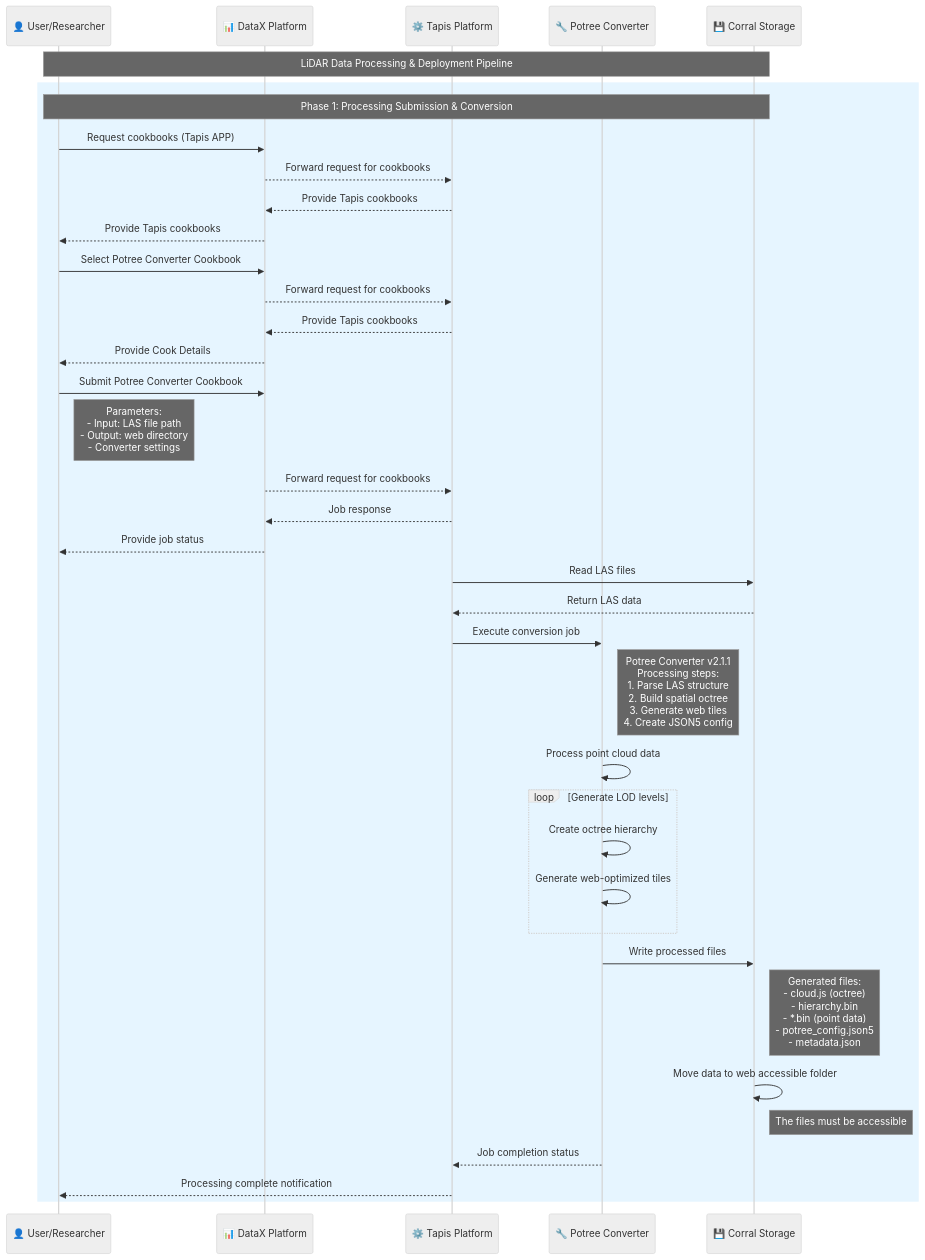
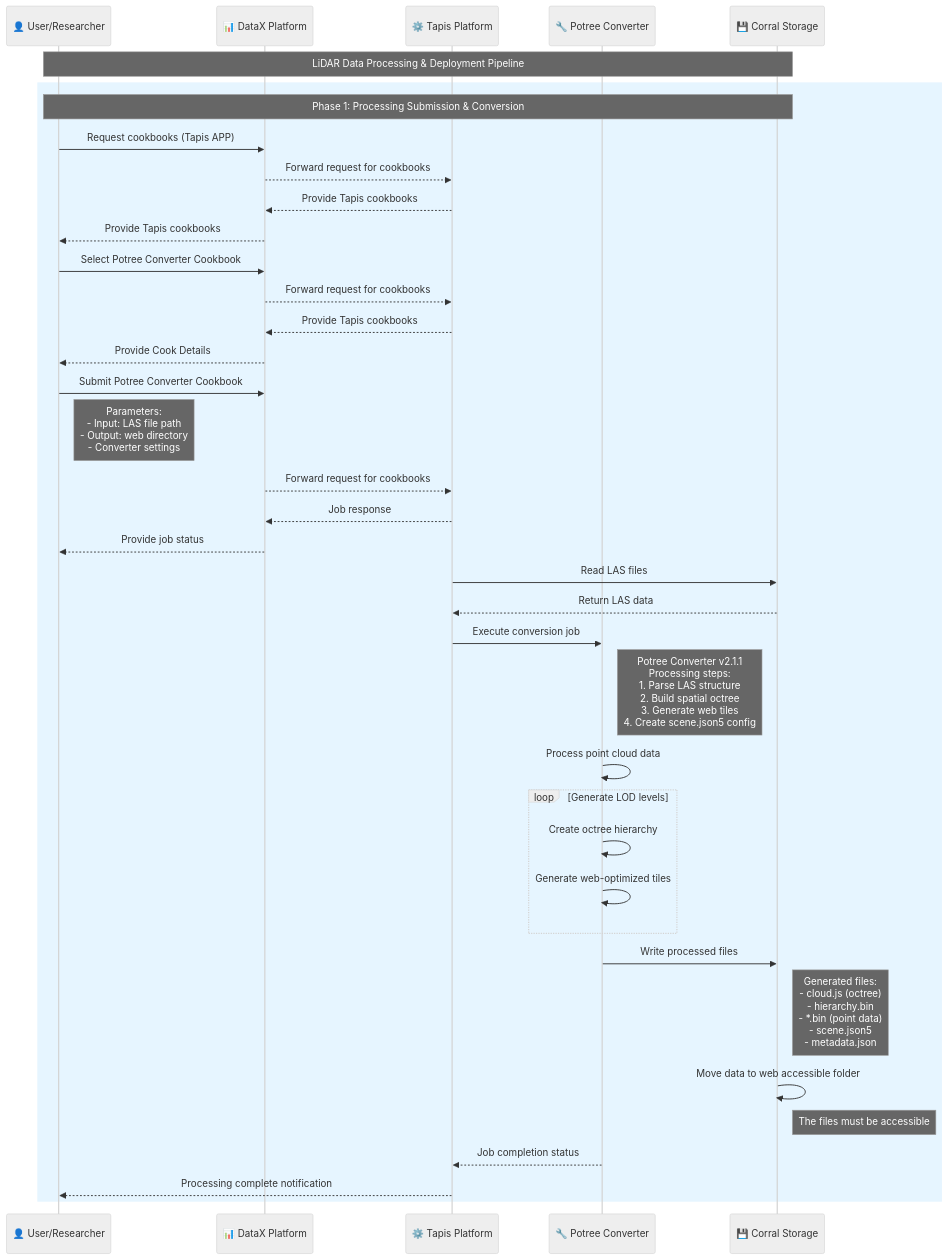
The first of 5 diagrams in README-pipeline.md (In-For-Disaster-Analytics/potree), drawn with Mermaid before and after one commit. The commit also changed other lines of this file, not shown here.

Commit message:
Update README-pipeline.md to reflect changes in scene.json5 configuration references

````diff
--- a/README-pipeline.md
+++ b/README-pipeline.md
@@ -13,54 +13,54 @@
 ```mermaid
 %%{ init : { "theme" : "neutral", "themeVariables" : { "primaryColor" : "#fff", "primaryTextColor" : "#000", "primaryBorderColor" : "#000", "lineColor" : "#000", "secondaryColor" : "#f8f8f8", "tertiaryColor" : "#f0f0f0" }}}%%
 sequenceDiagram
     participant User as 👤 User/Researcher
     participant DataX as 📊 DataX Platform
     participant Tapis as ⚙️ Tapis Platform
     participant Potree as 🔧 Potree Converter
     participant Corral as 💾 Corral Storage
 
     Note over User,Corral: LiDAR Data Processing & Deployment Pipeline
 
     %% Processing Submission
     rect rgb(230, 245, 255)
         Note over User,Corral: Phase 1: Processing Submission & Conversion
         User->>DataX: Request cookbooks (Tapis APP)
         DataX-->>Tapis: Forward request for cookbooks
         Tapis-->>DataX: Provide Tapis cookbooks
         DataX-->>User: Provide Tapis cookbooks
 
         User->>DataX: Select Potree Converter Cookbook
         DataX-->>Tapis: Forward request for cookbooks
         Tapis-->>DataX: Provide Tapis cookbooks
         DataX-->>User: Provide Cook Details
 
         User->>DataX: Submit  Potree Converter Cookbook
         Note right of User: Parameters:<br/>- Input: LAS file path<br/>- Output: web directory<br/>- Converter settings
 
         DataX-->>Tapis: Forward request for cookbooks
         Tapis-->>DataX: Job response
         DataX-->>User: Provide job status
         Tapis->>Corral: Read LAS files
         Corral-->>Tapis: Return LAS data
 
         Tapis->>Potree: Execute conversion job
-        Note right of Potree: Potree Converter v2.1.1<br/>Processing steps:<br/>1. Parse LAS structure<br/>2. Build spatial octree<br/>3. Generate web tiles<br/>4. Create JSON5 config
+        Note right of Potree: Potree Converter v2.1.1<br/>Processing steps:<br/>1. Parse LAS structure<br/>2. Build spatial octree<br/>3. Generate web tiles<br/>4. Create scene.json5 config
 
         Potree->>Potree: Process point cloud data
         loop Generate LOD levels
             Potree->>Potree: Create octree hierarchy
             Potree->>Potree: Generate web-optimized tiles
         end
 
         Potree->>Corral: Write processed files
-        Note right of Corral: Generated files:<br/>- cloud.js (octree)<br/>- hierarchy.bin<br/>- *.bin (point data)<br/>- potree_config.json5<br/>- metadata.json
+        Note right of Corral: Generated files:<br/>- cloud.js (octree)<br/>- hierarchy.bin<br/>- *.bin (point data)<br/>- scene.json5<br/>- metadata.json
 
 
         Corral->>Corral: Move data to web accessible folder
         Note right of Corral: The files must be accessible
 
         Potree-->>Tapis: Job completion status
         Tapis-->>User: Processing complete notification
     end
 
 ```
````
